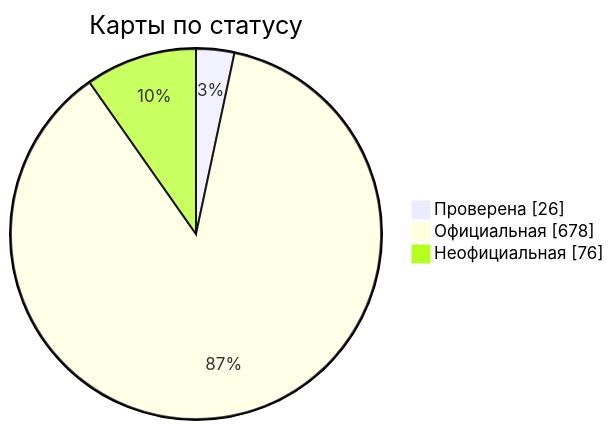
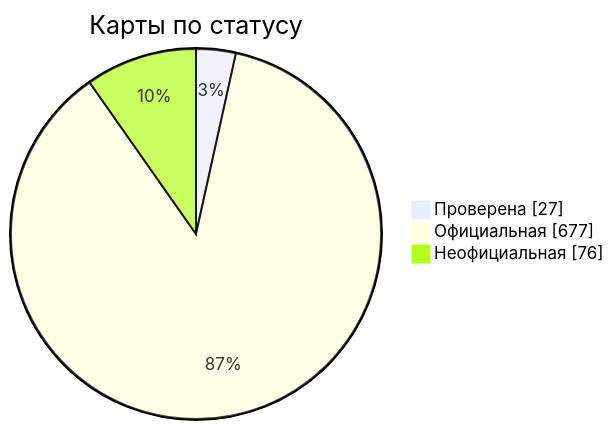
One commit to nobrega8/mbmap-library changed the diagram in docs/readme/README_RU.md. Above: the diagram before and after it, drawn with Mermaid. The commit also changed 7 other files, not shown here.

````diff
--- a/docs/readme/README_RU.md
+++ b/docs/readme/README_RU.md
@@ -54,7 +54,7 @@
 ```mermaid
 pie showData
     title Карты по статусу
-    "Проверена" : 26
-    "Официальная" : 678
+    "Проверена" : 27
+    "Официальная" : 677
     "Неофициальная" : 76
 ```
````
